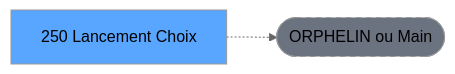
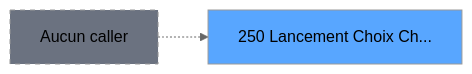
Before and after one commit to thonyAGP/lecteur-magic: the second of 3 diagrams in .openspec/specs/ADH-IDE-250.md, drawn with Mermaid (neutral theme). The commit also changed other lines of this file and 96 other files, not shown here.

````diff
--- a/.openspec/specs/ADH-IDE-250.md
+++ b/.openspec/specs/ADH-IDE-250.md
@@ -117,8 +135,8 @@
 ```mermaid
 graph LR
-    T[250 Lancement Choix]
-    ORPHAN([ORPHELIN ou Main])
-    T -.-> ORPHAN
-    style T fill:#58a6ff,color:#000
-    style ORPHAN fill:#6b7280,stroke-dasharray: 5 5
+    T250[250 Lancement Choix Ch...]
+    style T250 fill:#58a6ff
+    NONE[Aucun caller]
+    NONE -.-> T250
+    style NONE fill:#6b7280,stroke-dasharray: 5 5
 ```
````
